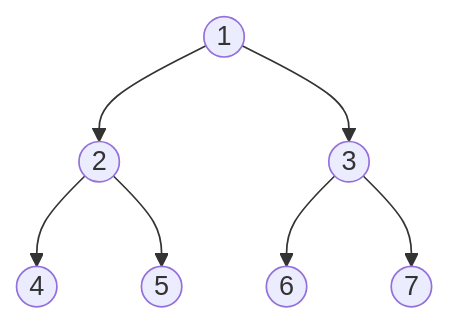
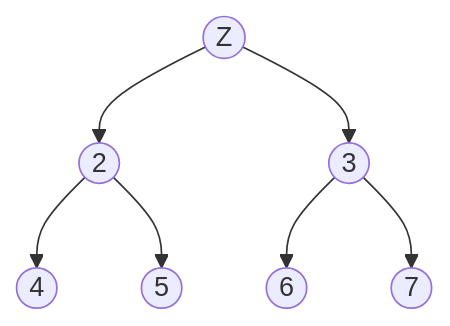
One commit to otthtml/pei changed the diagram in subjects/computation-structures.md. Above: the diagram before and after it, drawn with Mermaid.

Commit message:
computation structures 3

````diff
--- a/subjects/computation-structures.md
+++ b/subjects/computation-structures.md
@@ -27,9 +27,9 @@
 ```mermaid
 graph TB;
-    A((1))-->B((2))
+    A((Z))-->B((2))
     A-->C((3));
     B-->E((4))
     B-->F((5))
     C-->H((6))
     C-->I((7))
 ```
````
